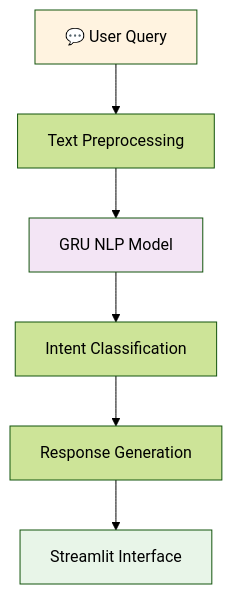
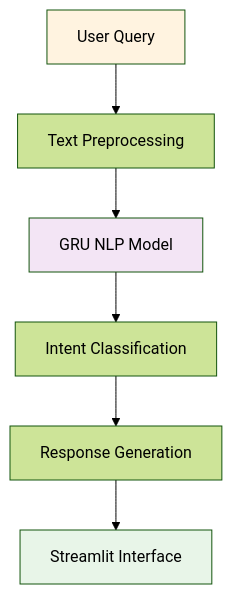
One commit to 1achraf1/I-COACH changed the second of 2 diagrams in README.md. Above: the diagram before and after it, drawn with Mermaid (forest theme). The commit also changed other lines of this file, not shown here.

````diff
--- a/README.md
+++ b/README.md
@@ -58,12 +58,12 @@
 ```mermaid
 graph TD
-    A[💬 User Query] --> B[Text Preprocessing]
+    A[User Query] --> B[Text Preprocessing]
     B --> C[GRU NLP Model]
     C --> D[Intent Classification]
     D --> E[Response Generation]
     E --> F[Streamlit Interface]
     
     style A fill:#fff3e0
     style C fill:#f3e5f5
     style F fill:#e8f5e8
 ```
````
